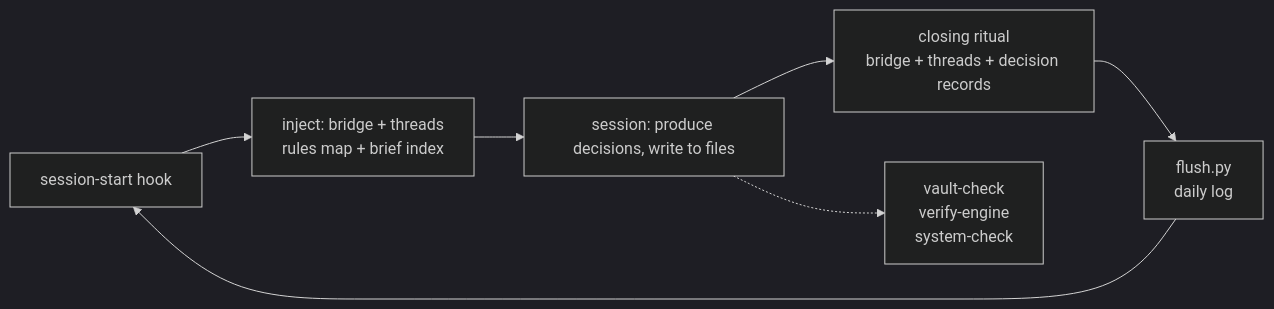
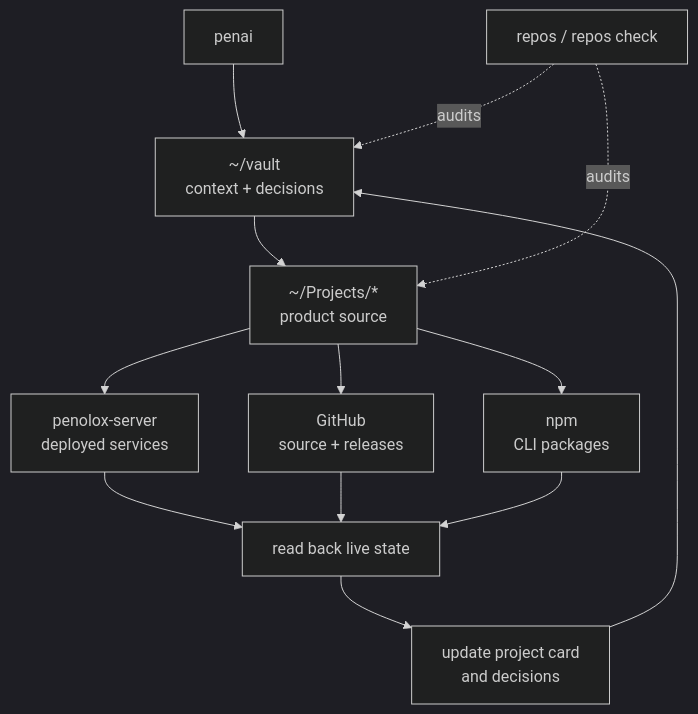
Before and after one commit to burakboduroglu/nors: the diagram in seeds/vault-engine.md, drawn with Mermaid (dark theme). The commit also changed other lines of this file and 2 other files, not shown here.

````diff
--- a/seeds/vault-engine.md
+++ b/seeds/vault-engine.md
@@ -19,9 +18,15 @@
 ```mermaid
-flowchart LR
-    hook[session-start hook] --> inject["inject: bridge + threads<br>rules map + brief index"]
-    inject --> work[session: produce decisions, write to files]
-    work --> rite[closing ritual<br>bridge + threads + decision records]
-    rite --> flush[flush.py<br>daily log]
-    flush --> hook
-    work -.-> check[vault-check<br>verify-engine<br>system-check]
+flowchart TB
+    cmd["penai"] --> vault["~/vault<br>context + decisions"]
+    vault --> work["~/Projects/*<br>product source"]
+    work --> github["GitHub<br>source + releases"]
+    work --> npm["npm<br>CLI packages"]
+    work --> server["penolox-server<br>deployed services"]
+    server --> verify["read back live state"]
+    github --> verify
+    npm --> verify
+    verify --> record["update project card<br>and decisions"]
+    record --> vault
+    repos["repos / repos check"] -. audits .-> vault
+    repos -. audits .-> work
 ```
````
